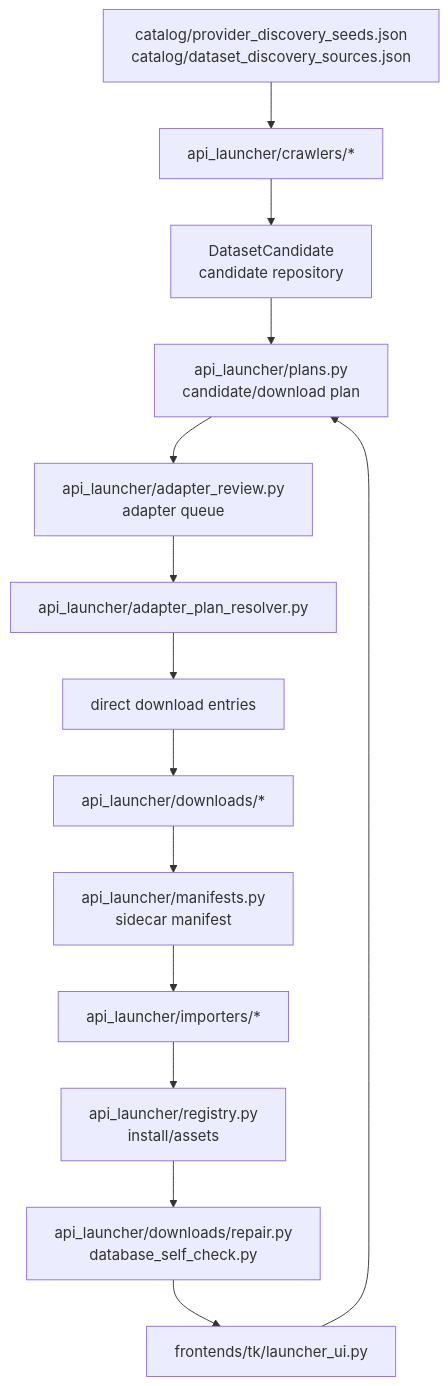
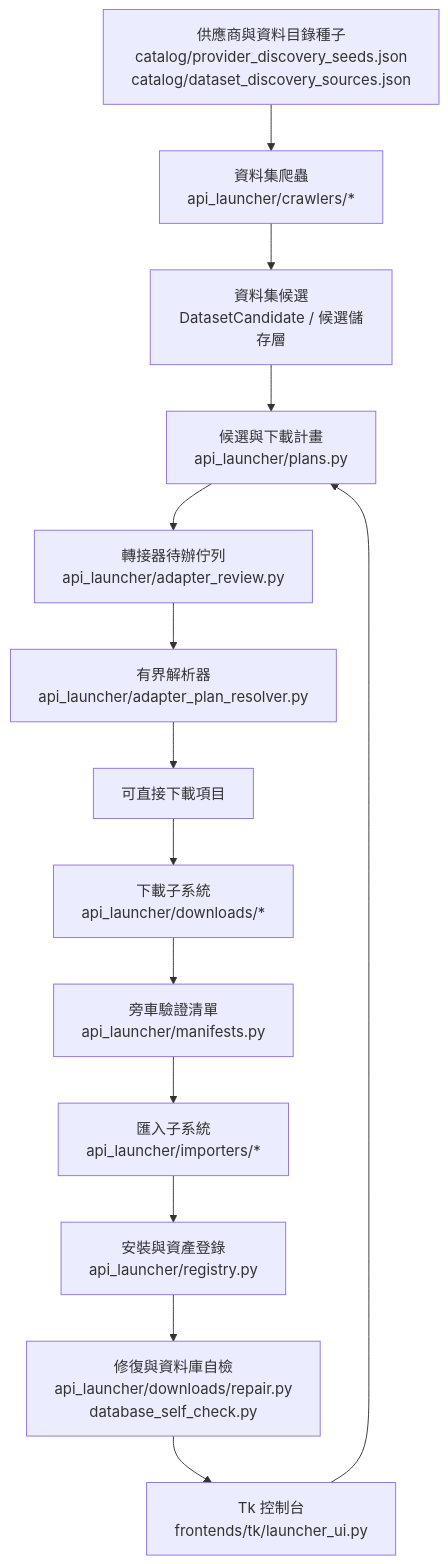
One commit to YanAnnLu/APIkeys_collection changed the second of 3 diagrams in docs/CODE_RELATIONSHIP_MAP.zh-TW.md. Above: the diagram before and after it, drawn with Mermaid. The commit also changed other lines of this file and 17 other files, not shown here.

````diff
--- a/docs/CODE_RELATIONSHIP_MAP.zh-TW.md
+++ b/docs/CODE_RELATIONSHIP_MAP.zh-TW.md
@@ -35,16 +35,16 @@
 ```mermaid
 flowchart TD
-    seeds["catalog/provider_discovery_seeds.json<br/>catalog/dataset_discovery_sources.json"] --> crawler["api_launcher/crawlers/*"]
-    crawler --> candidates["DatasetCandidate<br/>candidate repository"]
-    candidates --> plans["api_launcher/plans.py<br/>candidate/download plan"]
-    plans --> review["api_launcher/adapter_review.py<br/>adapter queue"]
-    review --> resolver["api_launcher/adapter_plan_resolver.py"]
-    resolver --> direct["direct download entries"]
-    direct --> downloads["api_launcher/downloads/*"]
-    downloads --> manifests["api_launcher/manifests.py<br/>sidecar manifest"]
-    manifests --> importers["api_launcher/importers/*"]
-    importers --> registry["api_launcher/registry.py<br/>install/assets"]
-    registry --> repair["api_launcher/downloads/repair.py<br/>database_self_check.py"]
-    repair --> ui["frontends/tk/launcher_ui.py"]
+    seeds["供應商與資料目錄種子<br/>catalog/provider_discovery_seeds.json<br/>catalog/dataset_discovery_sources.json"] --> crawler["資料集爬蟲<br/>api_launcher/crawlers/*"]
+    crawler --> candidates["資料集候選<br/>DatasetCandidate / 候選儲存層"]
+    candidates --> plans["候選與下載計畫<br/>api_launcher/plans.py"]
+    plans --> review["轉接器待辦佇列<br/>api_launcher/adapter_review.py"]
+    review --> resolver["有界解析器<br/>api_launcher/adapter_plan_resolver.py"]
+    resolver --> direct["可直接下載項目"]
+    direct --> downloads["下載子系統<br/>api_launcher/downloads/*"]
+    downloads --> manifests["旁車驗證清單<br/>api_launcher/manifests.py"]
+    manifests --> importers["匯入子系統<br/>api_launcher/importers/*"]
+    importers --> registry["安裝與資產登錄<br/>api_launcher/registry.py"]
+    registry --> repair["修復與資料庫自檢<br/>api_launcher/downloads/repair.py<br/>database_self_check.py"]
+    repair --> ui["Tk 控制台<br/>frontends/tk/launcher_ui.py"]
     ui --> plans
 ```
````
